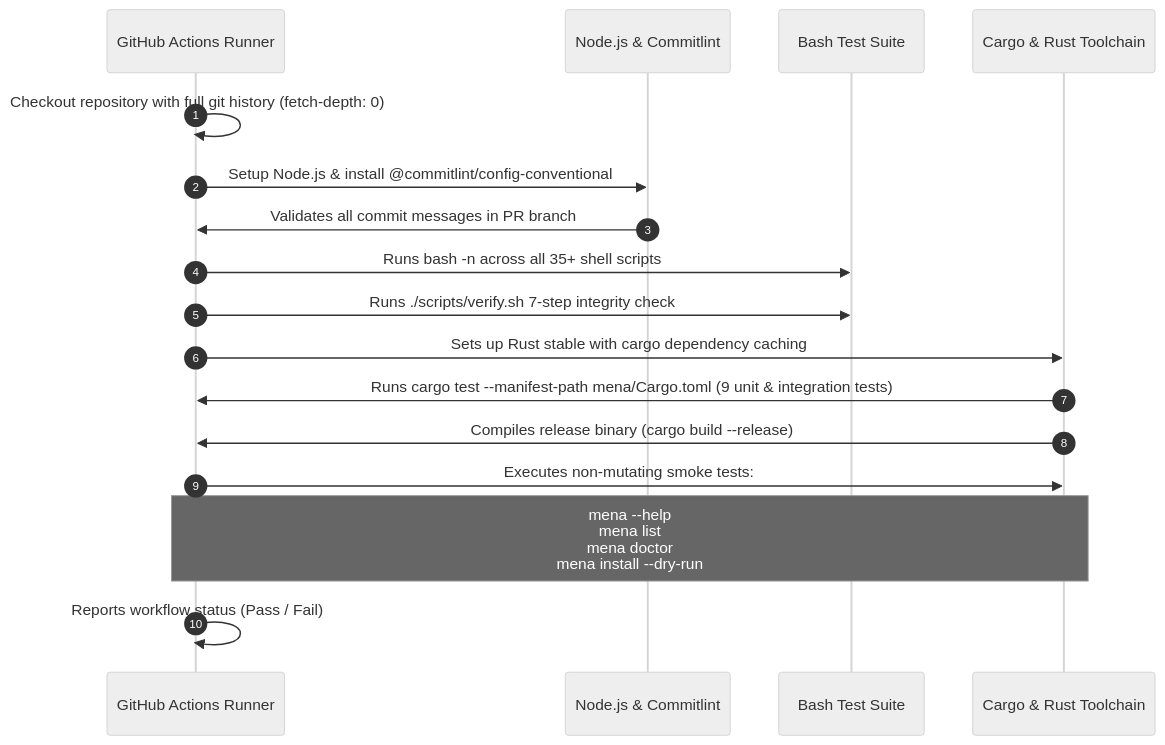
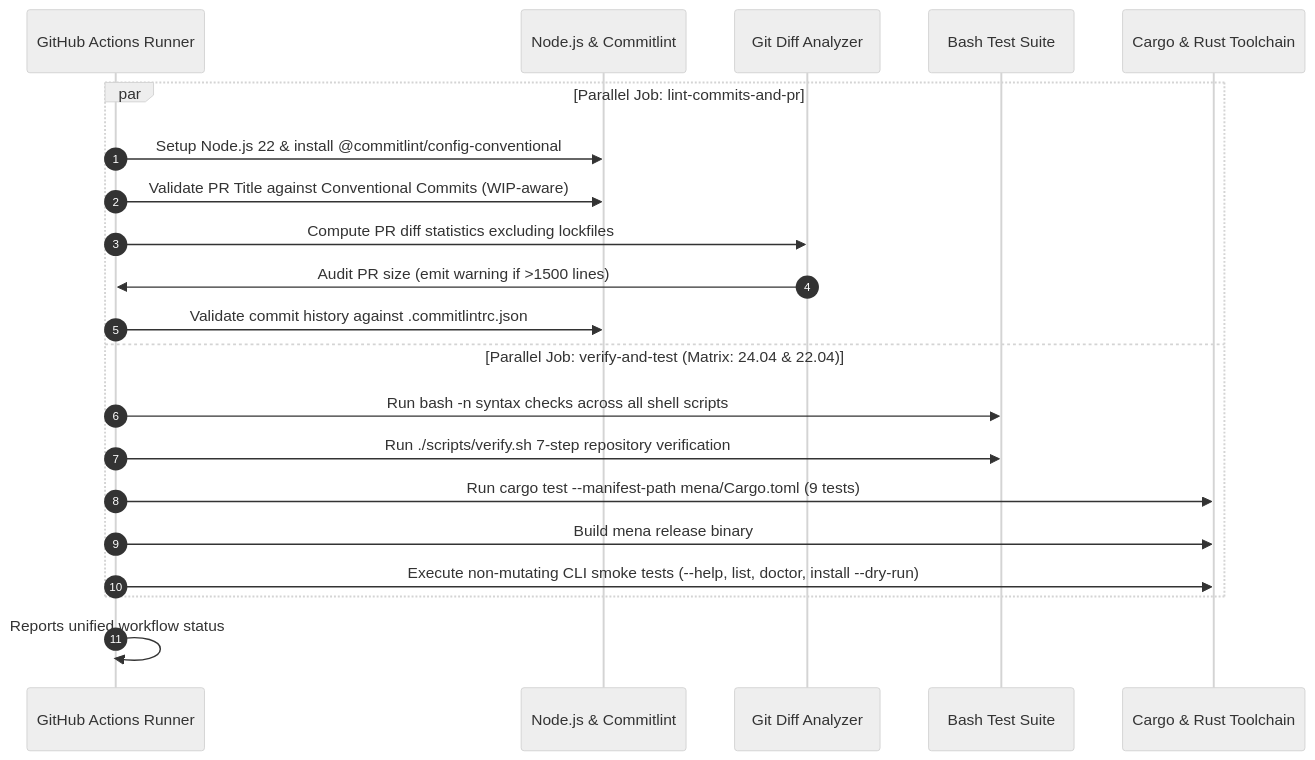
The second of 2 diagrams in docs/ci-cd-and-quality.md (nmenag/dotfiles), drawn with Mermaid (neutral theme) before and after one commit. The commit also changed other lines of this file and 12 other files, not shown here.

````diff
--- a/docs/ci-cd-and-quality.md
+++ b/docs/ci-cd-and-quality.md
@@ -87,20 +88,24 @@
 ```mermaid
 sequenceDiagram
     autonumber
     participant GitHub as GitHub Actions Runner
     participant Node as Node.js & Commitlint
+    participant Git as Git Diff Analyzer
     participant Shell as Bash Test Suite
     participant Rust as Cargo & Rust Toolchain
 
-    GitHub->>GitHub: Checkout repository with full git history (fetch-depth: 0)
-    GitHub->>Node: Setup Node.js & install @commitlint/config-conventional
-    Node->>GitHub: Validates all commit messages in PR branch
-    GitHub->>Shell: Runs bash -n across all 35+ shell scripts
-    GitHub->>Shell: Runs ./scripts/verify.sh 7-step integrity check
-    GitHub->>Rust: Sets up Rust stable with cargo dependency caching
-    Rust->>GitHub: Runs cargo test --manifest-path mena/Cargo.toml (9 unit & integration tests)
-    Rust->>GitHub: Compiles release binary (cargo build --release)
-    GitHub->>Rust: Executes non-mutating smoke tests:
-    Note over GitHub,Rust: mena --help<br/>mena list<br/>mena doctor<br/>mena install --dry-run
-    GitHub->>GitHub: Reports workflow status (Pass / Fail)
+    par Parallel Job: lint-commits-and-pr
+        GitHub->>Node: Setup Node.js 22 & install @commitlint/config-conventional
+        GitHub->>Node: Validate PR Title against Conventional Commits (WIP-aware)
+        GitHub->>Git: Compute PR diff statistics excluding lockfiles
+        Git->>GitHub: Audit PR size (emit warning if >1500 lines)
+        GitHub->>Node: Validate commit history against .commitlintrc.json
+    and Parallel Job: verify-and-test (Matrix: 24.04 & 22.04)
+        GitHub->>Shell: Run bash -n syntax checks across all shell scripts
+        GitHub->>Shell: Run ./scripts/verify.sh 7-step repository verification
+        GitHub->>Rust: Run cargo test --manifest-path mena/Cargo.toml (9 tests)
+        GitHub->>Rust: Build mena release binary
+        GitHub->>Rust: Execute non-mutating CLI smoke tests (--help, list, doctor, install --dry-run)
+    end
+    GitHub->>GitHub: Reports unified workflow status
 ```
````
